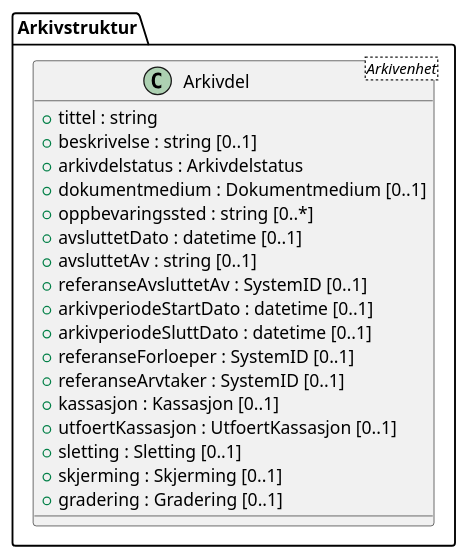
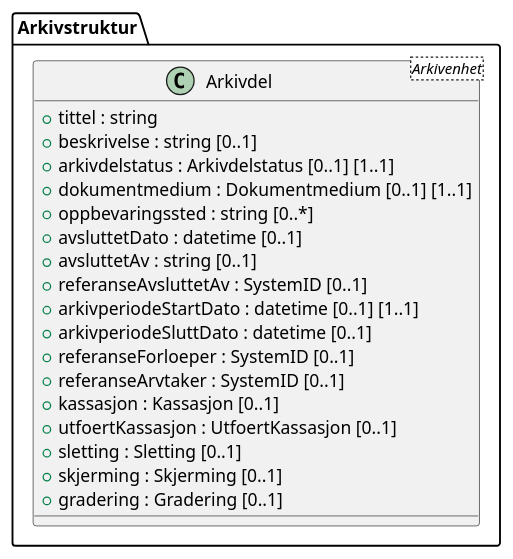
One commit to arkivverket/noark5-tjenestegrensesnitt-standard changed the diagram in kapitler/media/uml-class-arkivdel.iuml. Above: the diagram before and after it, drawn with PlantUML. The commit also changed 91 other files, not shown here.

```diff
--- a/kapitler/media/uml-class-arkivdel.iuml
+++ b/kapitler/media/uml-class-arkivdel.iuml
@@ -1,21 +1,21 @@
 @startuml
 class Arkivstruktur.Arkivdel <Arkivenhet> {
   +tittel : string
   +beskrivelse : string [0..1]
-  +arkivdelstatus : Arkivdelstatus
-  +dokumentmedium : Dokumentmedium [0..1]
+  +arkivdelstatus : Arkivdelstatus [0..1] [1..1]
+  +dokumentmedium : Dokumentmedium [0..1] [1..1]
   +oppbevaringssted : string [0..*]
   +avsluttetDato : datetime [0..1]
   +avsluttetAv : string [0..1]
   +referanseAvsluttetAv : SystemID [0..1]
-  +arkivperiodeStartDato : datetime [0..1]
+  +arkivperiodeStartDato : datetime [0..1] [1..1]
   +arkivperiodeSluttDato : datetime [0..1]
   +referanseForloeper : SystemID [0..1]
   +referanseArvtaker : SystemID [0..1]
   +kassasjon : Kassasjon [0..1]
   +utfoertKassasjon : UtfoertKassasjon [0..1]
   +sletting : Sletting [0..1]
   +skjerming : Skjerming [0..1]
   +gradering : Gradering [0..1]
 }
 @enduml
```
